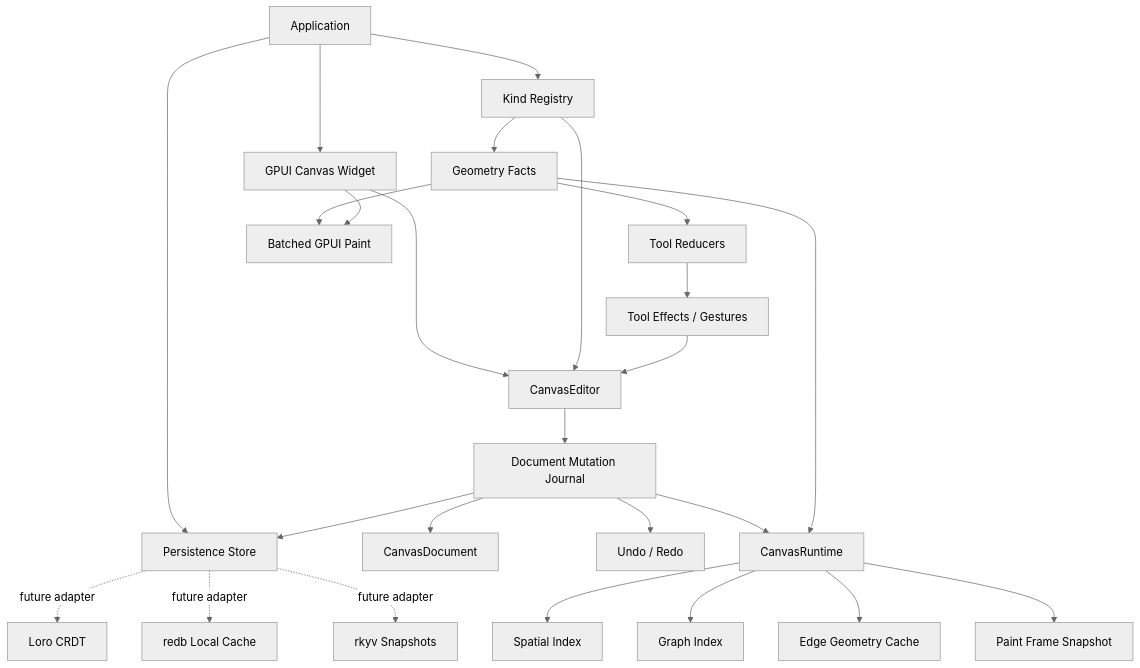
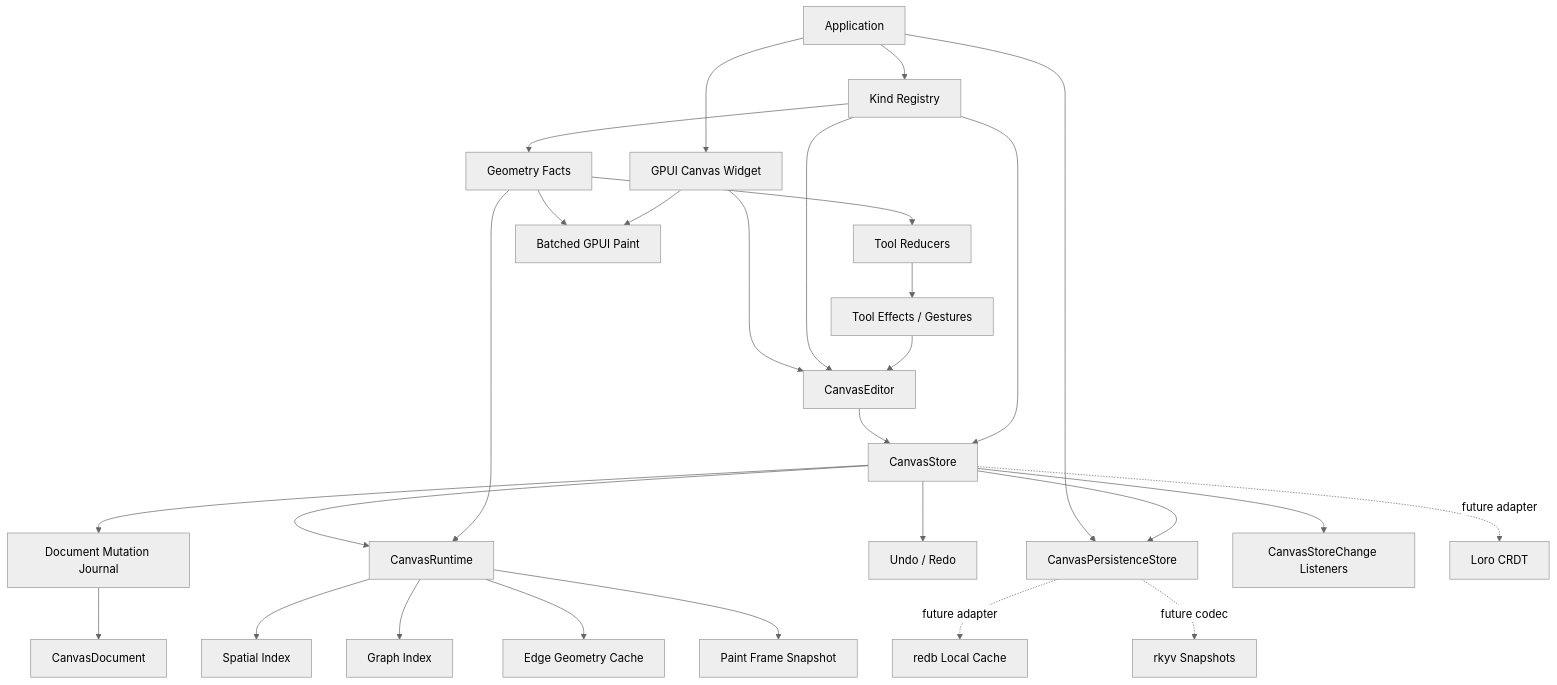
One commit to Latias94/open-gpui changed the diagram in docs/adr/0002-open-gpui-canvas-architecture.md. Above: the diagram before and after it, drawn with Mermaid (neutral theme). The commit also changed other lines of this file and 11 other files, not shown here.

Commit message:
refactor(canvas): introduce store mutation seam

````diff
--- a/docs/adr/0002-open-gpui-canvas-architecture.md
+++ b/docs/adr/0002-open-gpui-canvas-architecture.md
@@ -171,27 +177,30 @@
 ```mermaid
 flowchart TD
     App[Application] --> Widget[GPUI Canvas Widget]
     Widget --> Editor[CanvasEditor]
-    App --> Store[Persistence Store]
+    Editor --> CanvasStore[CanvasStore]
+    App --> Persist[CanvasPersistenceStore]
     App --> Registry[Kind Registry]
     Registry --> Editor
+    Registry --> CanvasStore
     Registry --> Geometry[Geometry Facts]
     Tools[Tool Reducers] --> Effects[Tool Effects / Gestures]
     Effects --> Editor
-    Editor --> Journal[Document Mutation Journal]
+    CanvasStore --> Journal[Document Mutation Journal]
     Journal --> Doc[CanvasDocument]
-    Journal --> History[Undo / Redo]
-    Journal --> Store
-    Journal --> Runtime[CanvasRuntime]
+    CanvasStore --> History[Undo / Redo]
+    CanvasStore --> Runtime[CanvasRuntime]
+    CanvasStore --> Changes[CanvasStoreChange Listeners]
+    CanvasStore --> Persist
     Runtime --> Spatial[Spatial Index]
     Runtime --> Graph[Graph Index]
     Runtime --> Routes[Edge Geometry Cache]
     Runtime --> Frame[Paint Frame Snapshot]
     Geometry --> Runtime
     Geometry --> Tools
     Geometry --> Paint[Batched GPUI Paint]
     Widget --> Paint
-    Store -.future adapter.-> Loro[Loro CRDT]
-    Store -.future adapter.-> Redb[redb Local Cache]
-    Store -.future adapter.-> Rkyv[rkyv Snapshots]
+    CanvasStore -.future adapter.-> Loro[Loro CRDT]
+    Persist -.future adapter.-> Redb[redb Local Cache]
+    Persist -.future codec.-> Rkyv[rkyv Snapshots]
 ```
````
